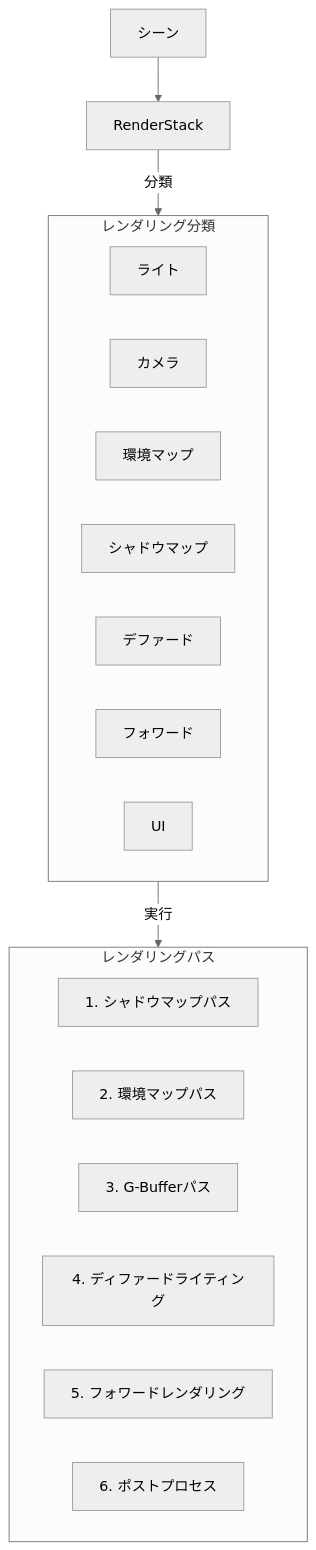
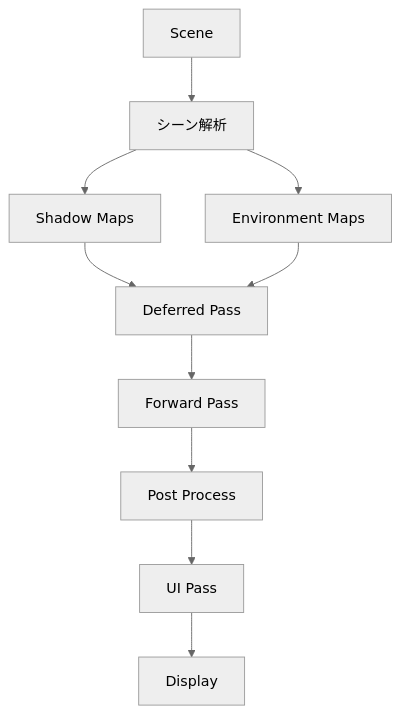
Before and after one commit to ukonpower/OREngine: the first of 2 diagrams in agentDocs/render-pipeline.md, drawn with Mermaid (neutral theme). The commit also changed other lines of this file, not shown here.

````diff
--- a/agentDocs/render-pipeline.md
+++ b/agentDocs/render-pipeline.md
@@ -9,26 +26,12 @@
 ```mermaid
 graph TD
-    Scene[シーン] --> Stack[RenderStack]
-    Stack --> |分類| Categories
-
-    subgraph Categories[レンダリング分類]
-        Light[ライト]
-        Camera[カメラ]
-        EnvMap[環境マップ]
-        ShadowMap[シャドウマップ]
-        Deferred[デファード]
-        Forward[フォワード]
-        UI[UI]
-    end
-
-    Categories --> |実行| RenderPasses
-
-    subgraph RenderPasses[レンダリングパス]
-        Shadow[1. シャドウマップパス]
-        Env[2. 環境マップパス]
-        GBuffer[3. G-Bufferパス]
-        DeferredLight[4. ディファードライティング]
-        ForwardRender[5. フォワードレンダリング]
-        Post[6. ポストプロセス]
-    end
+    A[Scene] --> B[シーン解析]
+    B --> C[Shadow Maps]
+    B --> D[Environment Maps]
+    C --> E[Deferred Pass]
+    D --> E
+    E --> F[Forward Pass]
+    F --> G[Post Process]
+    G --> H[UI Pass]
+    H --> I[Display]
 ```
````
